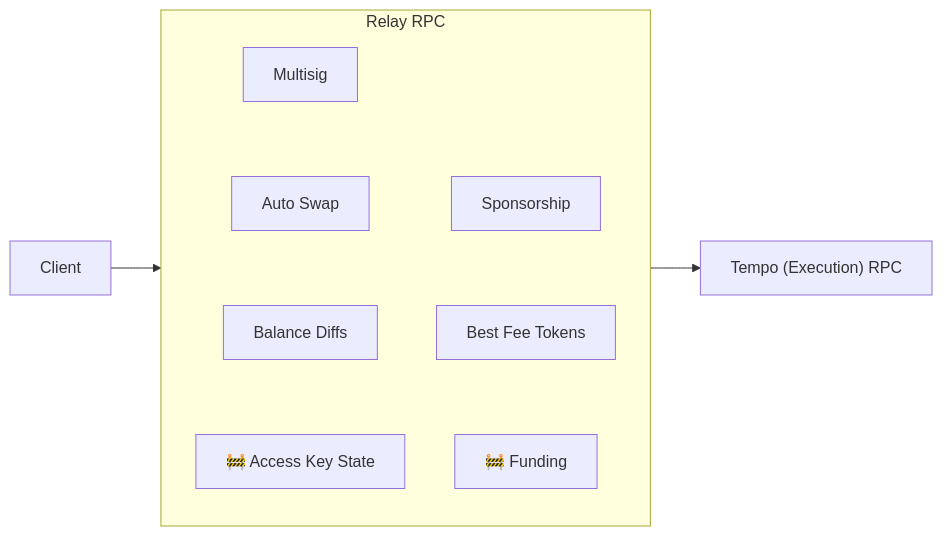
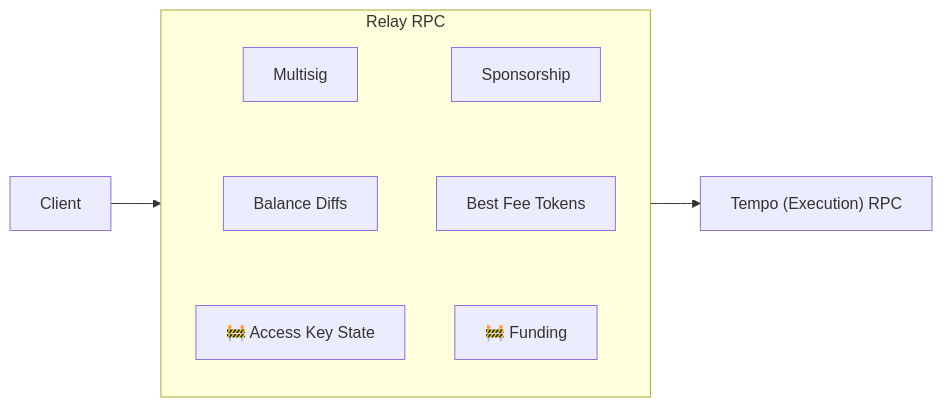
One commit to wevm/viem changed the diagram in site/pages/tempo/relay/index.mdx. Above: the diagram before and after it, drawn with Mermaid. The commit also changed other lines of this file and 21 other files, not shown here.

Commit message:
refactor(tempo): remove auto-swap relay plugin

````diff
--- a/site/pages/tempo/relay/index.mdx
+++ b/site/pages/tempo/relay/index.mdx
@@ -15,17 +15,16 @@
 ```mermaid
 flowchart LR
   client[Client] --> relay
   subgraph relay[Relay RPC]
     direction TB
     multisig[Multisig]
     feePayer[Sponsorship]
-    autoSwap[Auto Swap]
     feeToken[Best Fee Tokens]
     simulate[Balance Diffs]
     funding["🚧 Funding"]
     accessKeyState["🚧 Access Key State"]
-    multisig ~~~ autoSwap ~~~ simulate ~~~ accessKeyState
+    multisig ~~~ simulate ~~~ accessKeyState
     feePayer ~~~ feeToken ~~~ funding
   end
   relay --> rpc["Tempo (Execution) RPC"]
 ```
````
